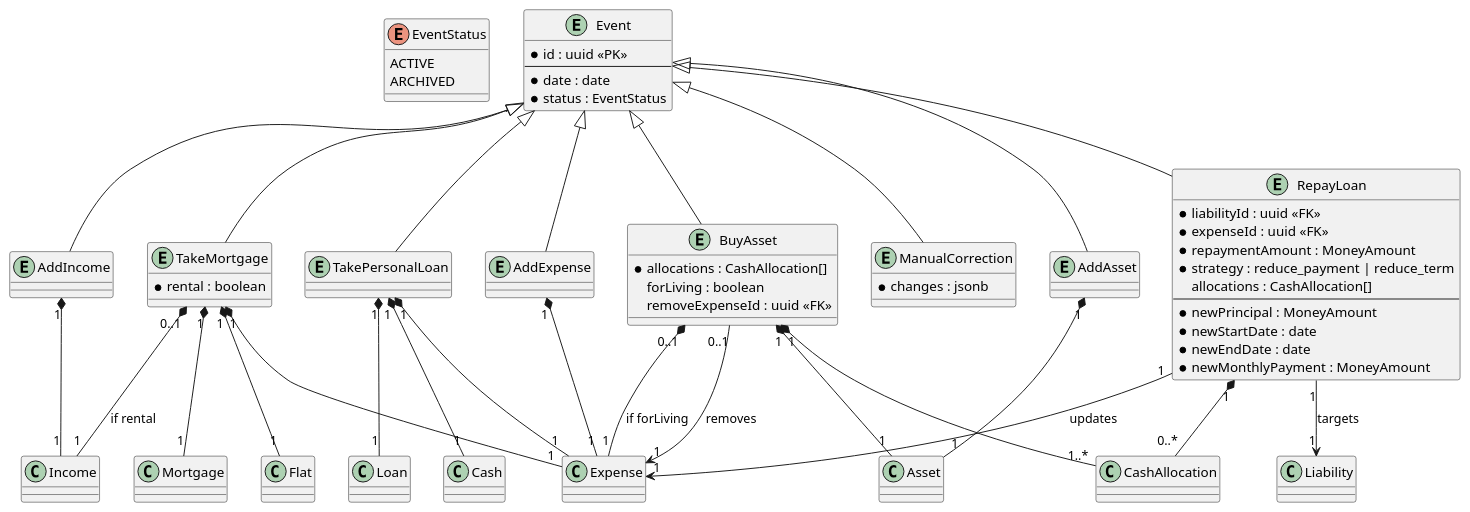
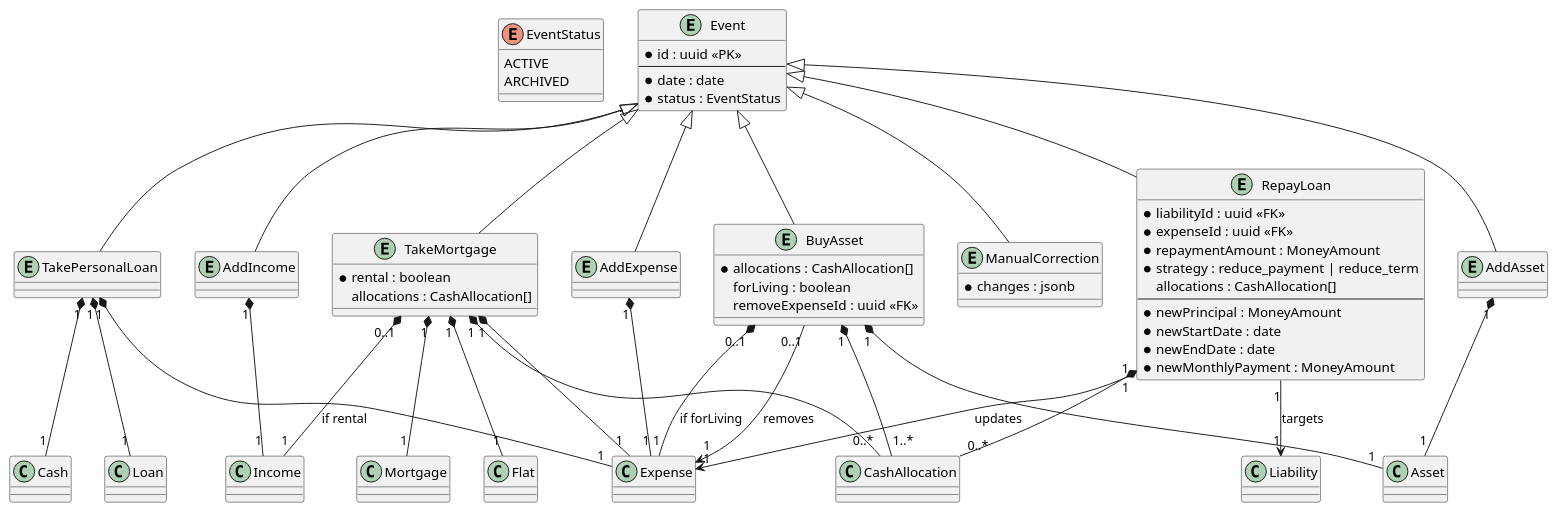
Before and after one commit to littlewhywhat/loan-advisor: the diagram in spec/diagram/events.puml, drawn with PlantUML. The commit also changed 6 other files, not shown here.

First line of the commit message:
feat: mortgage down payment cash allocations

```diff
--- a/spec/diagram/events.puml
+++ b/spec/diagram/events.puml
@@ -1,86 +1,88 @@
 @startuml finance-events
 
 enum EventStatus {
   ACTIVE
   ARCHIVED
 }
 
 entity Event {
   * id : uuid <<PK>>
   --
   * date : date
   * status : EventStatus
 }
 
 entity TakeMortgage {
   * rental : boolean
+  allocations : CashAllocation[]
 }
 
 entity TakePersonalLoan {
 }
 
 entity AddAsset {
 }
 
 entity AddIncome {
 }
 
 entity AddExpense {
 }
 
 entity ManualCorrection {
   * changes : jsonb
 }
 
 entity RepayLoan {
   * liabilityId : uuid <<FK>>
   * expenseId : uuid <<FK>>
   * repaymentAmount : MoneyAmount
   * strategy : reduce_payment | reduce_term
   allocations : CashAllocation[]
   --
   * newPrincipal : MoneyAmount
   * newStartDate : date
   * newEndDate : date
   * newMonthlyPayment : MoneyAmount
 }
 
 entity BuyAsset {
   * allocations : CashAllocation[]
   forLiving : boolean
   removeExpenseId : uuid <<FK>>
 }
 
 Event <|-- TakeMortgage
 Event <|-- TakePersonalLoan
 Event <|-- AddAsset
 Event <|-- AddIncome
 Event <|-- AddExpense
 Event <|-- ManualCorrection
 Event <|-- RepayLoan
 Event <|-- BuyAsset
 
 TakeMortgage "1" *-- "1" Mortgage
 TakeMortgage "1" *-- "1" Flat
 TakeMortgage "1" *-- "1" Expense
 TakeMortgage "0..1" *-- "1" Income : if rental
+TakeMortgage "1" *-- "0..*" CashAllocation
 
 TakePersonalLoan "1" *-- "1" Loan
 TakePersonalLoan "1" *-- "1" Cash
 TakePersonalLoan "1" *-- "1" Expense
 
 AddAsset "1" *-- "1" Asset
 
 AddIncome "1" *-- "1" Income
 AddExpense "1" *-- "1" Expense
 
 RepayLoan "1" --> "1" Liability : targets
 RepayLoan "1" --> "1" Expense : updates
 RepayLoan "1" *-- "0..*" CashAllocation
 
 BuyAsset "1" *-- "1" Asset
 BuyAsset "1" *-- "1..*" CashAllocation
 BuyAsset "0..1" *-- "1" Expense : if forLiving
 BuyAsset "0..1" --> "1" Expense : removes
 
 @enduml
```
